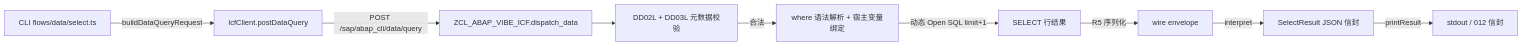
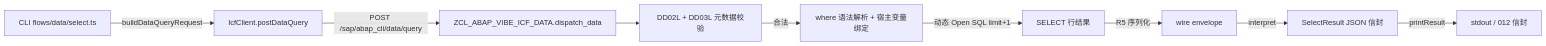
Before and after one commit to chunrichi/abap-cli: the diagram in wiki/commands/select.md, drawn with Mermaid. The commit also changed other lines of this file and 61 other files, not shown here.

First line of the commit message:
refactor(abap): develop the ICF service as globals, deploy merged (#30)

````diff
--- a/wiki/commands/select.md
+++ b/wiki/commands/select.md
@@ -122,11 +122,11 @@
 ```mermaid
 graph LR
   A[CLI flows/data/select.ts] -->|buildDataQueryRequest| B[IcfClient.postDataQuery]
-  B -->|POST /sap/abap_cli/data/query| C[ZCL_ABAP_VIBE_ICF.dispatch_data]
+  B -->|POST /sap/abap_cli/data/query| C[ZCL_ABAP_VIBE_ICF_DATA.dispatch_data]
   C --> D[DD02L + DD03L 元数据校验]
   D -->|合法| E[where 语法解析 + 宿主变量绑定]
   E -->|动态 Open SQL limit+1| F[SELECT 行结果]
   F -->|R5 序列化| G[wire envelope]
   G -->|interpret| H[SelectResult JSON 信封]
   H -->|printResult| I[stdout / 012 信封]
 ```
````
